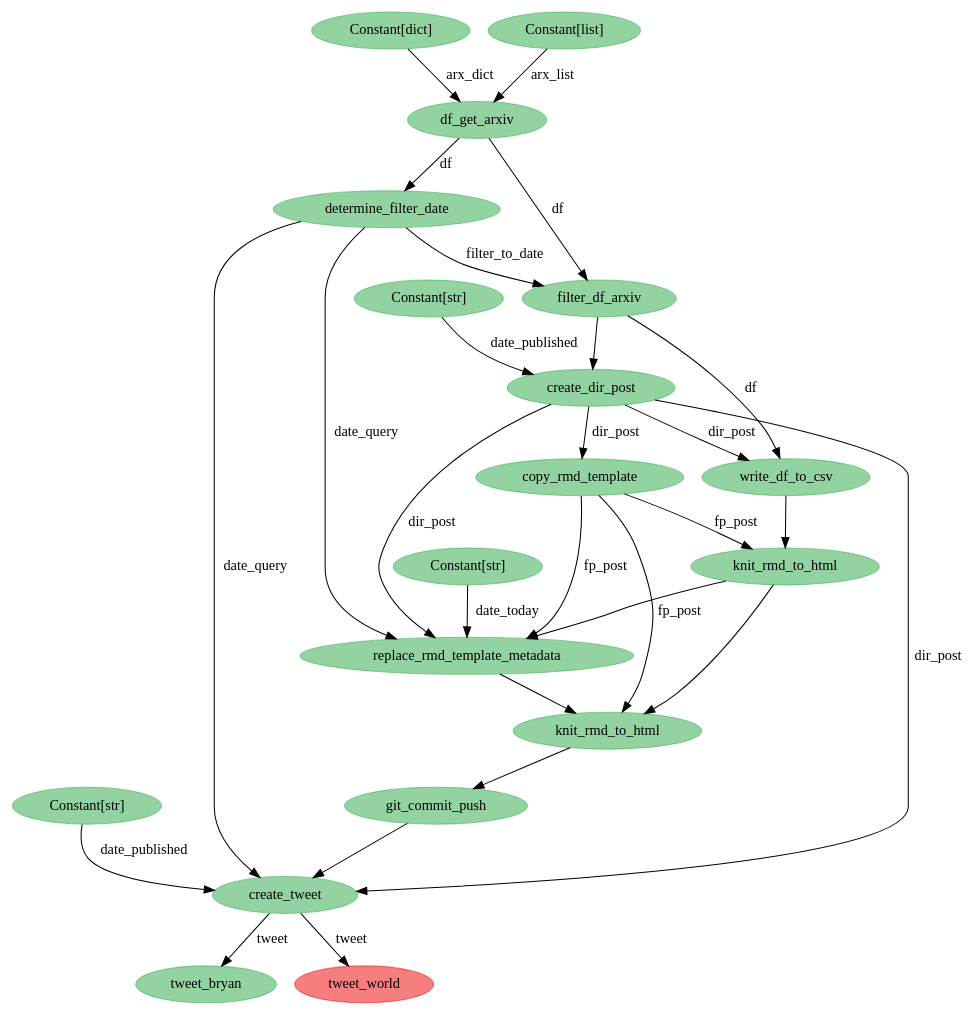
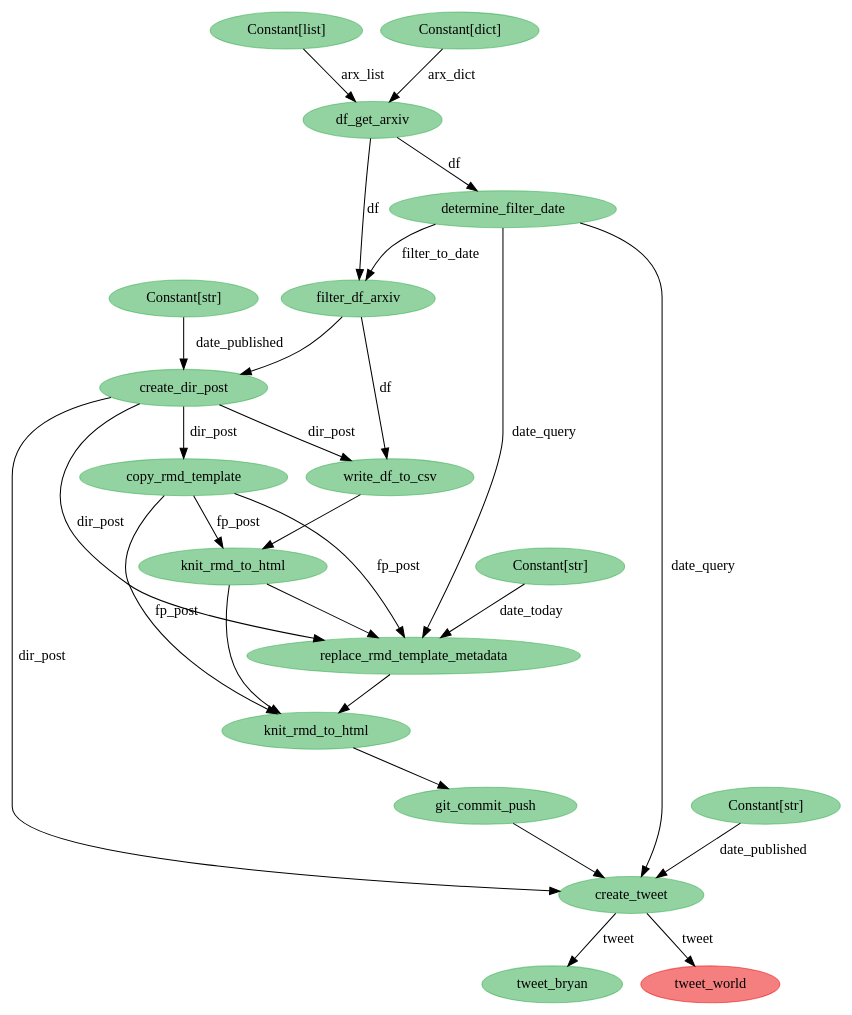
Before and after one commit to bryanwhiting/ds-arxiv: the diagram in python/state-viz.dot, drawn with Graphviz. The commit also changed 3 other files, not shown here.

```diff
--- a/python/state-viz.dot
+++ b/python/state-viz.dot
@@ -1,47 +1,47 @@
 digraph {
-	4532054544 [label="Constant[str]" color="#28a74580" colorscheme=svg shape=ellipse style=filled]
-	4532053264 [label=replace_rmd_template_metadata color="#28a74580" colorscheme=svg shape=ellipse style=filled]
-	4532053904 [label=knit_rmd_to_html color="#28a74580" colorscheme=svg shape=ellipse style=filled]
-	4532054928 [label=tweet_bryan color="#28a74580" colorscheme=svg shape=ellipse style=filled]
-	4532014288 [label=df_get_arxiv color="#28a74580" colorscheme=svg shape=ellipse style=filled]
-	4532014096 [label="Constant[dict]" color="#28a74580" colorscheme=svg shape=ellipse style=filled]
-	4532014736 [label=determine_filter_date color="#28a74580" colorscheme=svg shape=ellipse style=filled]
-	4532013968 [label="Constant[list]" color="#28a74580" colorscheme=svg shape=ellipse style=filled]
-	4532015056 [label=filter_df_arxiv color="#28a74580" colorscheme=svg shape=ellipse style=filled]
-	4532052112 [label=create_dir_post color="#28a74580" colorscheme=svg shape=ellipse style=filled]
-	4532052688 [label="Constant[str]" color="#28a74580" colorscheme=svg shape=ellipse style=filled]
-	4532052240 [label=write_df_to_csv color="#28a74580" colorscheme=svg shape=ellipse style=filled]
-	4532052816 [label=copy_rmd_template color="#28a74580" colorscheme=svg shape=ellipse style=filled]
-	4532053008 [label=knit_rmd_to_html color="#28a74580" colorscheme=svg shape=ellipse style=filled]
-	4532055120 [label=tweet_world color="#eb000080" colorscheme=svg shape=ellipse style=filled]
-	4532053328 [label="Constant[str]" color="#28a74580" colorscheme=svg shape=ellipse style=filled]
-	4532054224 [label=git_commit_push color="#28a74580" colorscheme=svg shape=ellipse style=filled]
-	4532054480 [label=create_tweet color="#28a74580" colorscheme=svg shape=ellipse style=filled]
-	4532014288 -> 4532014736 [label=df]
-	4532015056 -> 4532052240 [label=df]
-	4532052112 -> 4532053264 [label=dir_post]
-	4532052112 -> 4532052240 [label=dir_post]
-	4532053328 -> 4532053264 [label=date_today]
-	4532014736 -> 4532054480 [label=date_query]
-	4532015056 -> 4532052112
-	4532053904 -> 4532054224
-	4532054480 -> 4532054928 [label=tweet]
-	4532014288 -> 4532015056 [label=df]
-	4532052688 -> 4532052112 [label=date_published]
-	4532054544 -> 4532054480 [label=date_published]
-	4532014736 -> 4532015056 [label=filter_to_date]
-	4532014096 -> 4532014288 [label=arx_dict]
-	4532052112 -> 4532052816 [label=dir_post]
-	4532052816 -> 4532053264 [label=fp_post]
-	4532052816 -> 4532053904 [label=fp_post]
-	4532052816 -> 4532053008 [label=fp_post]
-	4532052112 -> 4532054480 [label=dir_post]
-	4532014736 -> 4532053264 [label=date_query]
-	4532052240 -> 4532053008
-	4532053008 -> 4532053264
-	4532053008 -> 4532053904
-	4532013968 -> 4532014288 [label=arx_list]
-	4532053264 -> 4532053904
-	4532054224 -> 4532054480
-	4532054480 -> 4532055120 [label=tweet]
+	4662061392 [label=create_tweet color="#28a74580" colorscheme=svg shape=ellipse style=filled]
+	4662060816 [label=knit_rmd_to_html color="#28a74580" colorscheme=svg shape=ellipse style=filled]
+	4662061840 [label=tweet_bryan color="#28a74580" colorscheme=svg shape=ellipse style=filled]
+	4662060240 [label="Constant[str]" color="#28a74580" colorscheme=svg shape=ellipse style=filled]
+	4662062032 [label=tweet_world color="#eb000080" colorscheme=svg shape=ellipse style=filled]
+	4662021264 [label=df_get_arxiv color="#28a74580" colorscheme=svg shape=ellipse style=filled]
+	4662021712 [label=determine_filter_date color="#28a74580" colorscheme=svg shape=ellipse style=filled]
+	4662021904 [label=filter_df_arxiv color="#28a74580" colorscheme=svg shape=ellipse style=filled]
+	4662020944 [label="Constant[list]" color="#28a74580" colorscheme=svg shape=ellipse style=filled]
+	4662021072 [label="Constant[dict]" color="#28a74580" colorscheme=svg shape=ellipse style=filled]
+	4662059088 [label=create_dir_post color="#28a74580" colorscheme=svg shape=ellipse style=filled]
+	4662059600 [label="Constant[str]" color="#28a74580" colorscheme=svg shape=ellipse style=filled]
+	4662059152 [label=write_df_to_csv color="#28a74580" colorscheme=svg shape=ellipse style=filled]
+	4662059728 [label=copy_rmd_template color="#28a74580" colorscheme=svg shape=ellipse style=filled]
+	4662059920 [label=knit_rmd_to_html color="#28a74580" colorscheme=svg shape=ellipse style=filled]
+	4662060176 [label=replace_rmd_template_metadata color="#28a74580" colorscheme=svg shape=ellipse style=filled]
+	4662061136 [label=git_commit_push color="#28a74580" colorscheme=svg shape=ellipse style=filled]
+	4662061456 [label="Constant[str]" color="#28a74580" colorscheme=svg shape=ellipse style=filled]
+	4662021264 -> 4662021712 [label=df]
+	4662061456 -> 4662061392 [label=date_published]
+	4662021904 -> 4662059088
+	4662060816 -> 4662061136
+	4662061392 -> 4662062032 [label=tweet]
+	4662021712 -> 4662021904 [label=filter_to_date]
+	4662021712 -> 4662061392 [label=date_query]
+	4662059728 -> 4662059920 [label=fp_post]
+	4662059728 -> 4662060176 [label=fp_post]
+	4662059728 -> 4662060816 [label=fp_post]
+	4662059088 -> 4662059728 [label=dir_post]
+	4662059088 -> 4662061392 [label=dir_post]
+	4662020944 -> 4662021264 [label=arx_list]
+	4662021264 -> 4662021904 [label=df]
+	4662021904 -> 4662059152 [label=df]
+	4662059088 -> 4662059152 [label=dir_post]
+	4662059600 -> 4662059088 [label=date_published]
+	4662021072 -> 4662021264 [label=arx_dict]
+	4662059152 -> 4662059920
+	4662059920 -> 4662060176
+	4662059920 -> 4662060816
+	4662060176 -> 4662060816
+	4662021712 -> 4662060176 [label=date_query]
+	4662061136 -> 4662061392
+	4662061392 -> 4662061840 [label=tweet]
+	4662059088 -> 4662060176 [label=dir_post]
+	4662060240 -> 4662060176 [label=date_today]
 }
```
